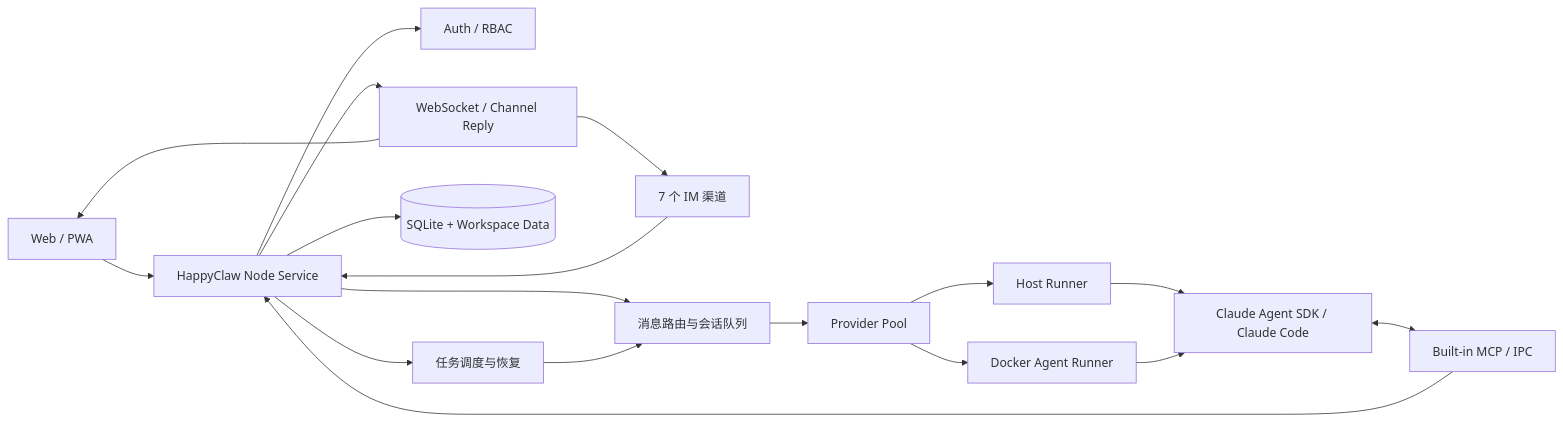
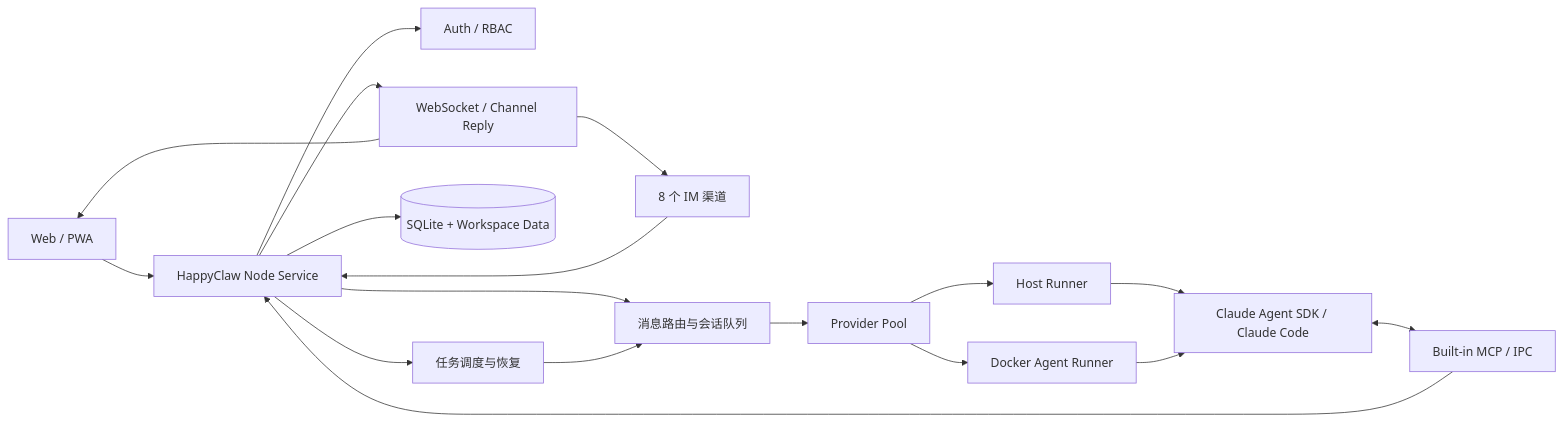
The diagram in README.md (BD777/happyclaw), drawn with Mermaid before and after one commit. The commit also changed other lines of this file and 45 other files, not shown here.

````diff
--- a/README.md
+++ b/README.md
@@ -351,24 +353,24 @@
 ```mermaid
 flowchart LR
     Web["Web / PWA"] --> Core["HappyClaw Node Service"]
-    IM["7 个 IM 渠道"] --> Core
+    IM["8 个 IM 渠道"] --> Core
 
     Core --> Auth["Auth / RBAC"]
     Core --> Router["消息路由与会话队列"]
     Core --> Scheduler["任务调度与恢复"]
     Core --> DB[("SQLite + Workspace Data")]
 
     Router --> Providers["Provider Pool"]
     Scheduler --> Router
     Providers --> Host["Host Runner"]
     Providers --> Container["Docker Agent Runner"]
 
     Host --> SDK["Claude Agent SDK / Claude Code"]
     Container --> SDK
     SDK <--> MCP["Built-in MCP / IPC"]
     MCP --> Core
 
     Core --> Stream["WebSocket / Channel Reply"]
     Stream --> Web
     Stream --> IM
 ```
````
